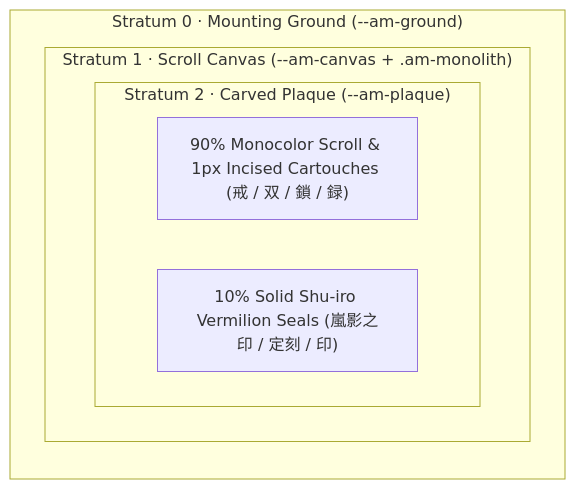
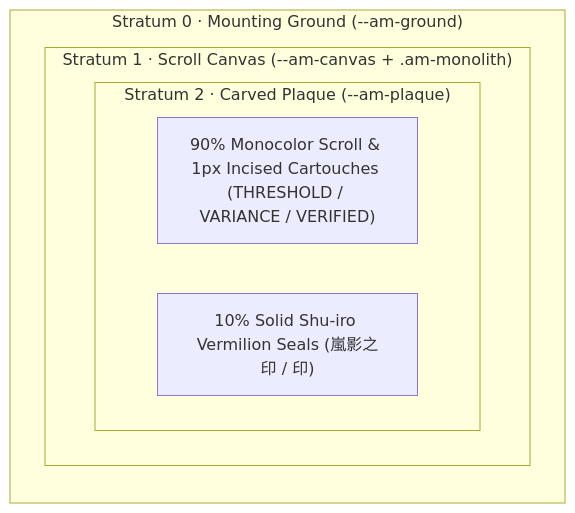
Before and after one commit to strmshdw/strmshdw.github.io: the diagram in rl-stats/ARASHIKAGE_DESIGN_SYSTEM.md, drawn with Mermaid. The commit also changed other lines of this file and 6 other files, not shown here.

````diff
--- a/rl-stats/ARASHIKAGE_DESIGN_SYSTEM.md
+++ b/rl-stats/ARASHIKAGE_DESIGN_SYSTEM.md
@@ -38,11 +38,11 @@
 ```mermaid
 flowchart LR
   subgraph S0["Stratum 0 · Mounting Ground (--am-ground)"]
     subgraph S1["Stratum 1 · Scroll Canvas (--am-canvas + .am-monolith)"]
       subgraph S2["Stratum 2 · Carved Plaque (--am-plaque)"]
-        P90["90% Monocolor Scroll & 1px Incised Cartouches (戒 / 双 / 鎖 / 録)"]
-        P10["10% Solid Shu-iro Vermilion Seals (嵐影之印 / 定刻 / 印)"]
+        P90["90% Monocolor Scroll & 1px Incised Cartouches (THRESHOLD / VARIANCE / VERIFIED)"]
+        P10["10% Solid Shu-iro Vermilion Seals (嵐影之印 / 印)"]
       end
     end
   end
 ```
````
